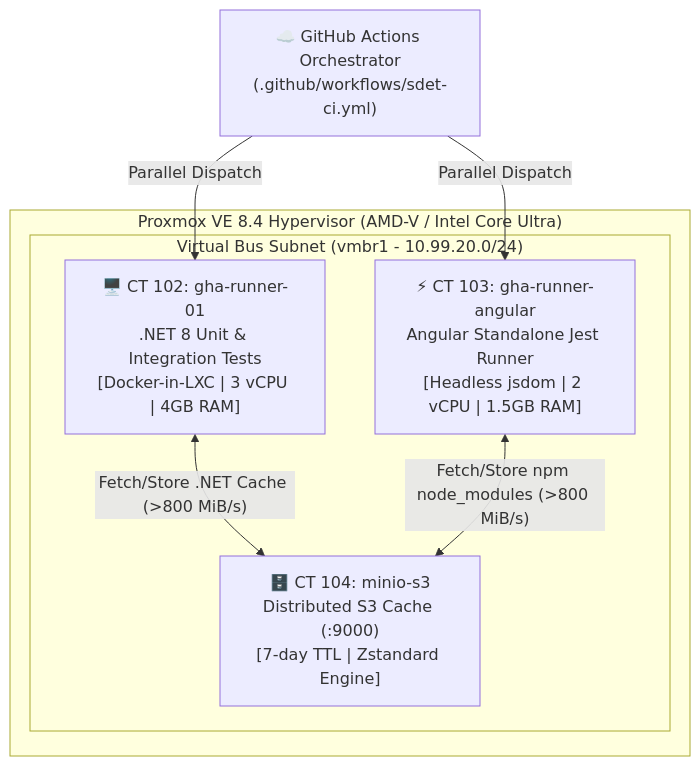
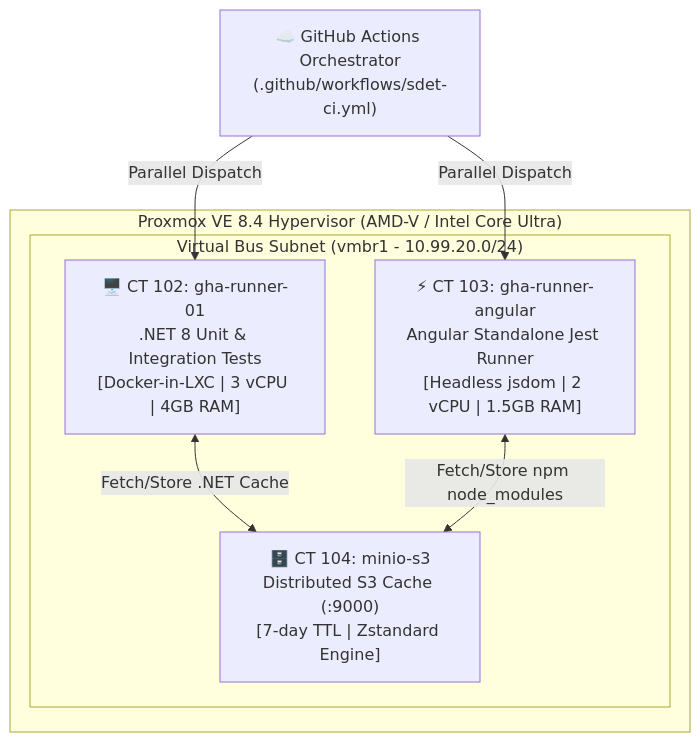
The diagram in README.md (ugritchaichana/booth-homelab), drawn with Mermaid before and after one commit. The commit also changed other lines of this file and 9 other files, not shown here.

````diff
--- a/README.md
+++ b/README.md
@@ -27,15 +27,15 @@
 ```mermaid
 graph TD
     subgraph Host ["Proxmox VE 8.4 Hypervisor (AMD-V / Intel Core Ultra)"]
         subgraph VirtualBus ["Virtual Bus Subnet (vmbr1 - 10.99.20.0/24)"]
             CT102["🖥️ CT 102: gha-runner-01\n.NET 8 Unit & Integration Tests\n[Docker-in-LXC | 3 vCPU | 4GB RAM]"]
             CT103["⚡ CT 103: gha-runner-angular\nAngular Standalone Jest Runner\n[Headless jsdom | 2 vCPU | 1.5GB RAM]"]
             CT104["🗄️ CT 104: minio-s3\nDistributed S3 Cache (:9000)\n[7-day TTL | Zstandard Engine]"]
         end
     end
 
     GitHubActions["☁️ GitHub Actions Orchestrator\n(.github/workflows/sdet-ci.yml)"] -->|"Parallel Dispatch"| CT102
     GitHubActions -->|"Parallel Dispatch"| CT103
-    CT102 <-->|"Fetch/Store .NET Cache (>800 MiB/s)"| CT104
-    CT103 <-->|"Fetch/Store npm node_modules (>800 MiB/s)"| CT104
+    CT102 <-->|"Fetch/Store .NET Cache"| CT104
+    CT103 <-->|"Fetch/Store npm node_modules"| CT104
 ```
````
